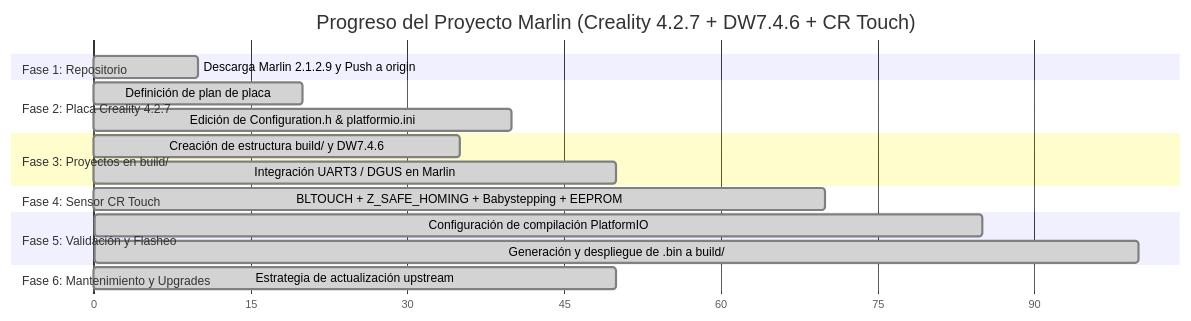
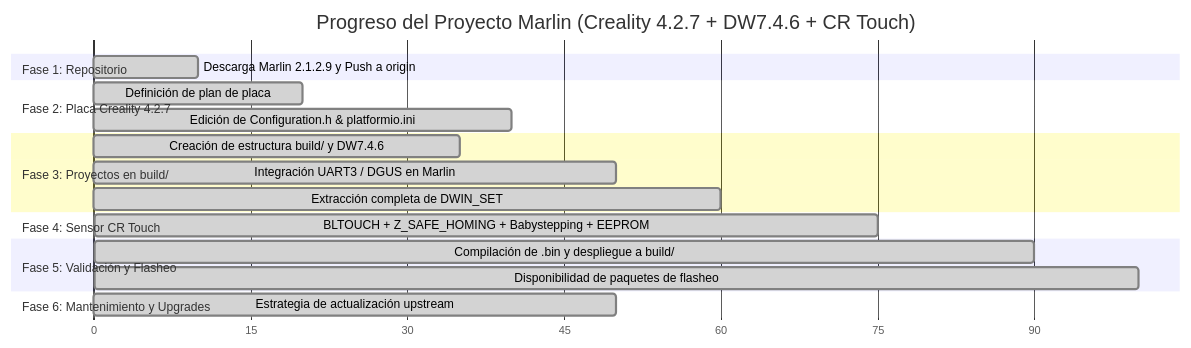
Before and after one commit to enav12/Marlin: the diagram in PLAN_MAESTRO.md, drawn with Mermaid. The commit also changed other lines of this file and 69 other files, not shown here.

Commit message:
feat(display): descargar e integrar paquete completo de firmware DWIN_SET para DW7.4.6

````diff
--- a/PLAN_MAESTRO.md
+++ b/PLAN_MAESTRO.md
@@ -26,21 +27,22 @@
 ```mermaid
 gantt
     title Progreso del Proyecto Marlin (Creality 4.2.7 + DW7.4.6 + CR Touch)
     dateFormat  X
     axisFormat %s
     section Fase 1: Repositorio
     Descarga Marlin 2.1.2.9 y Push a origin        :done, 0, 10
     section Fase 2: Placa Creality 4.2.7
     Definición de plan de placa                    :done, 10, 20
     Edición de Configuration.h & platformio.ini    :done, 20, 40
     section Fase 3: Proyectos en build/
     Creación de estructura build/ y DW7.4.6        :done, 20, 35
     Integración UART3 / DGUS en Marlin             :done, 35, 50
+    Extracción completa de DWIN_SET                :done, 50, 60
     section Fase 4: Sensor CR Touch
-    BLTOUCH + Z_SAFE_HOMING + Babystepping + EEPROM:done, 50, 70
+    BLTOUCH + Z_SAFE_HOMING + Babystepping + EEPROM:done, 60, 75
     section Fase 5: Validación y Flasheo
-    Configuración de compilación PlatformIO        :done, 70, 85
-    Generación y despliegue de .bin a build/       :done, 85, 100
+    Compilación de .bin y despliegue a build/      :done, 75, 90
+    Disponibilidad de paquetes de flasheo          :done, 90, 100
     section Fase 6: Mantenimiento y Upgrades
     Estrategia de actualización upstream           :done, 30, 50
 ```
````
